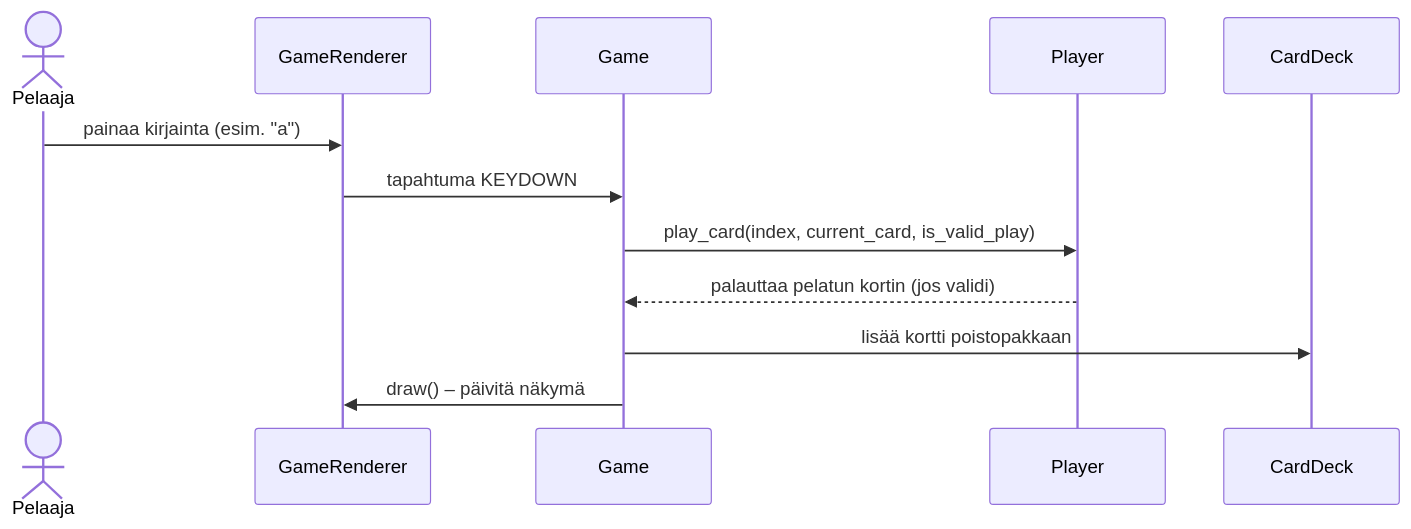
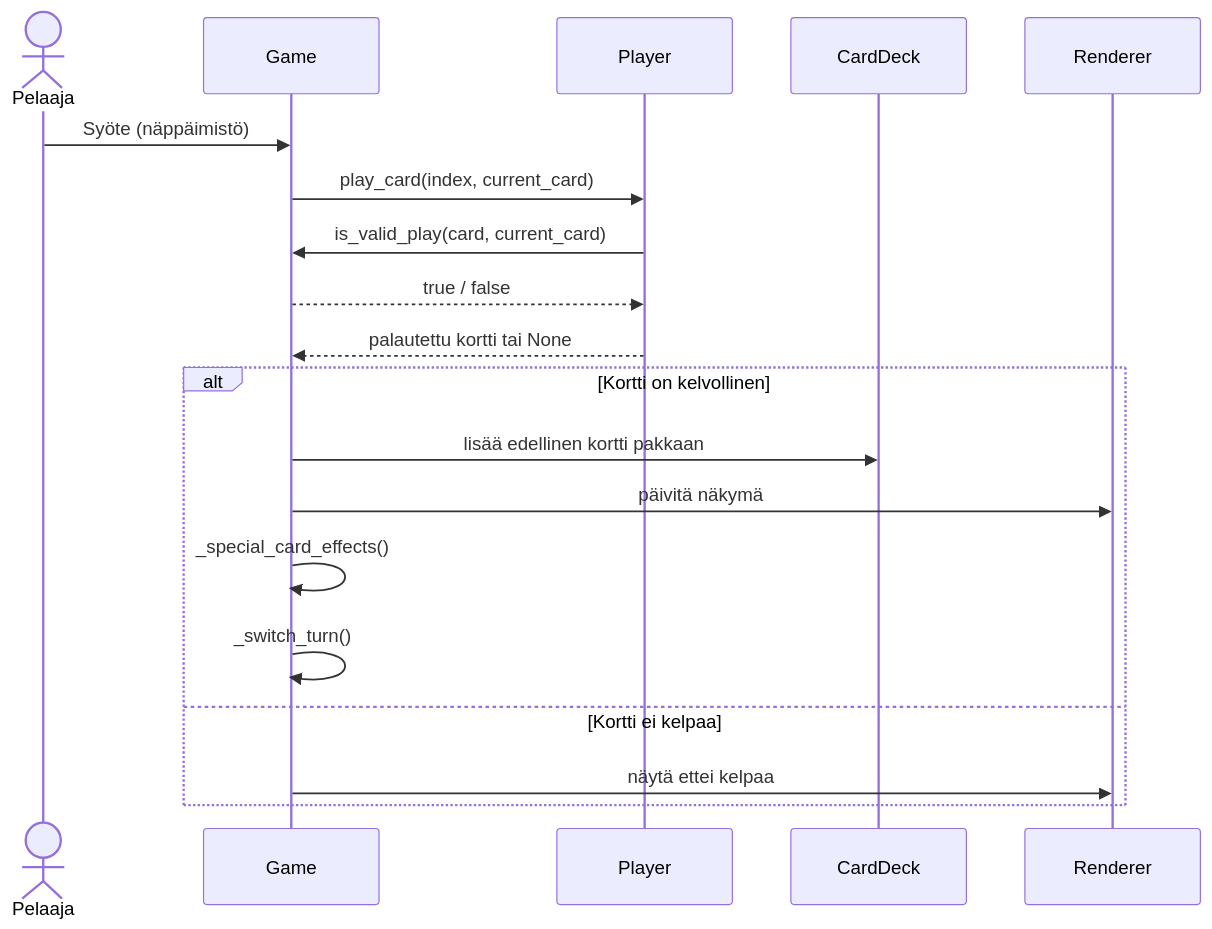
One commit to honjen/ot-harjoitustyo changed the second of 2 diagrams in dokumentaatio/arkkitehtuuri.md. Above: the diagram before and after it, drawn with Mermaid. The commit also changed other lines of this file and 26 other files, not shown here.

````diff
--- a/dokumentaatio/arkkitehtuuri.md
+++ b/dokumentaatio/arkkitehtuuri.md
@@ -36,15 +72,23 @@
 ```mermaid
-  sequenceDiagram
+sequenceDiagram
     actor Pelaaja
-    participant GameRenderer
     participant Game
     participant Player
     participant CardDeck
-  
-    Pelaaja->>GameRenderer: painaa kirjainta (esim. "a")
-    GameRenderer->>Game: tapahtuma KEYDOWN
-    Game->>Player: play_card(index, current_card, is_valid_play)
-    Player-->>Game: palauttaa pelatun kortin (jos validi)
-    Game->>CardDeck: lisää kortti poistopakkaan
-    Game->>GameRenderer: draw() – päivitä näkymä
+    participant Renderer
+
+    Pelaaja->>Game: Syöte (näppäimistö)
+    Game->>Player: play_card(index, current_card)
+    Player->>Game: is_valid_play(card, current_card)
+    Game-->>Player: true / false
+    Player-->>Game: palautettu kortti tai None
+
+    alt Kortti on kelvollinen
+        Game->>CardDeck: lisää edellinen kortti pakkaan
+        Game->>Renderer: päivitä näkymä
+        Game->>Game: _special_card_effects()
+        Game->>Game: _switch_turn()
+    else Kortti ei kelpaa
+        Game->>Renderer: näytä ettei kelpaa
+    end
 ```
````
